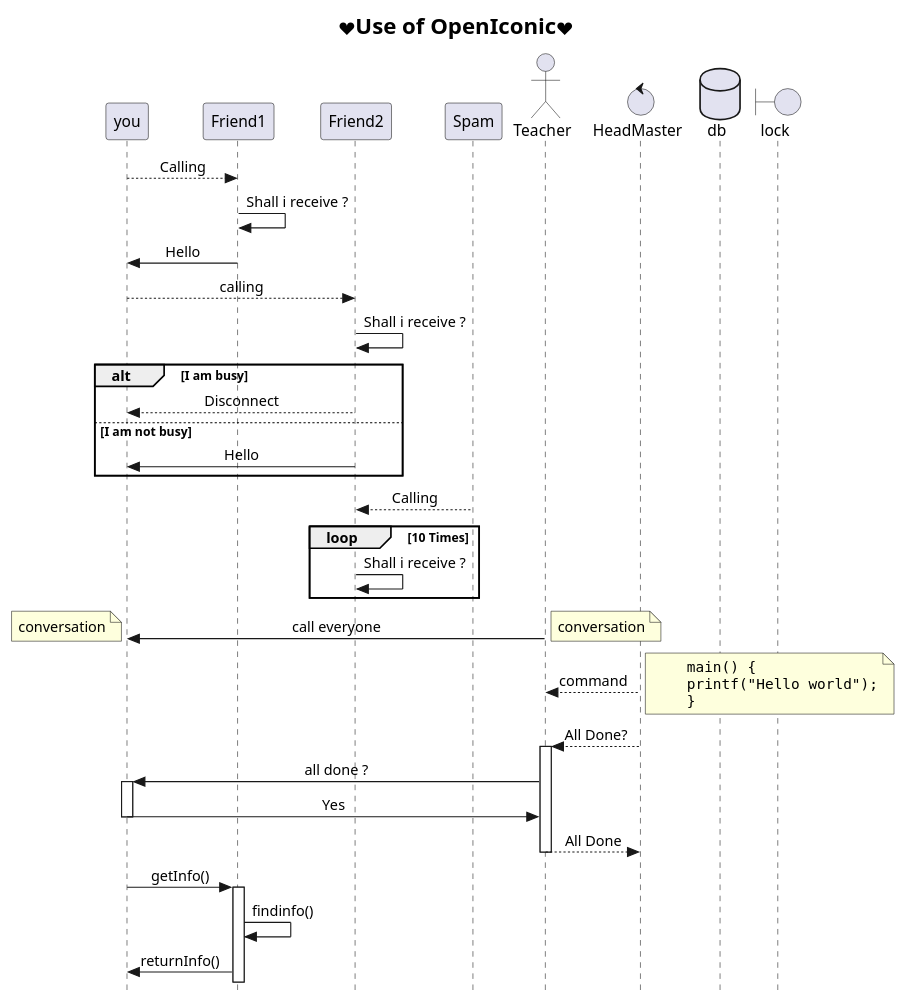
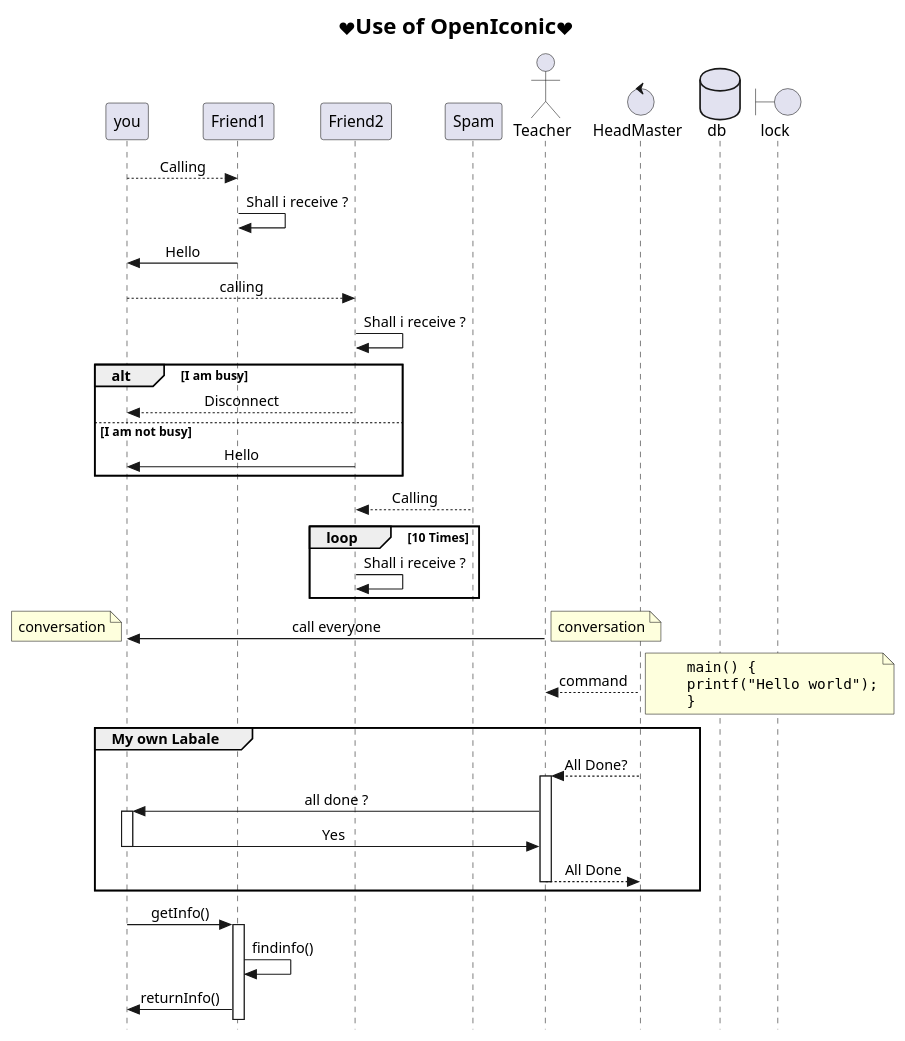
The diagram in MyOnlineLib/DocumentationTools/PlantUml/plantumlTest.plantuml (Viemsol/myLib), drawn with PlantUML before and after one commit. The commit also changed 25 other files, not shown here.

```diff
--- a/MyOnlineLib/DocumentationTools/PlantUml/plantumlTest.plantuml
+++ b/MyOnlineLib/DocumentationTools/PlantUml/plantumlTest.plantuml
@@ -1,126 +1,128 @@
 @startuml TestUMl
 'referance https://real-world-plantuml.com/?type=sequence
 ' this is single line comment
 /'
 this is mutiline 
 comment
 '/
 
 /'
 UML : Stands for Unified modelling laguage
 It is not programming language but It help Enng,Arcitect (how SW component communicate with each hotor), Busness proffesionals to
 to to design or visualize flow/system
 * No matter which programming laguage you use this topic is for evey developer
 * No matter how you write software, How bertter your software is but
 unless and untill you cant represet/explain how it dose , what it dose it is very difficult
 *other to undersand, appritiate your software. that why you need some tool represet
 diargam oneof it is sequence diagram.
 *using graphile tool may be sometimes difficut and tedious.
 * today i am going to talk about a tool which use english like sytex to
 represent those diagram..A plantuml tool
 platuml is tool to prepresent sequence diagram in text format
 easy to modify
 these uml code can be embeded in any code and doxygen like toolcan generate them
 plugins avilable in crom , firefox to see them
 '/
 
 /'Agenda:
 plantUml Tool: javaplugin and Visualstudiocode setup
 Basics and Handson on plantUML tool
 Examle of our product using plant uml
 Q and A 
 '/
 
 /'
 Plant uml is very siple tool to lean.
 I will not only cover script but also we will create perfect seques diagram for our code
 We will work with realtime senirio and we will create sequence diagram for same
 in Platuml we can creat differantdiagram, likeclass diagram, use case digaram..today we will discuss 
 
 statem amchine using sequece diagram
 --->Its text based so easy to compare and version control
 -->easytointgrate in code ..and tools can build it in runtime (space saving)
 '/
 /'Visual Studio Code
 Its tool in which we write plat uml script and visualize output
 It aso generate diagram in differant outputformat
 Install Visual Studio Code
 Install plant uml plugin by clicking and serching it in extentions
 '/
 
 ' set classic style i.e remove object from bootom
 skinparam Style strictuml 
 ' set message alignment to center
 skinparam SequenceMessageAlignment center
 ' Set titel
 title: <size:20><&heart>Use of OpenIconic<&heart></size>
 '[start state ] [to direction ->,-->] [end state] : [message]
 you --> Friend1 :Calling
 Friend1 -> Friend1 :Shall i receive ?
 you <- Friend1:Hello
 you --> Friend2 : calling
 ' self state
 Friend2 ->Friend2 :Shall i receive ?
 ' if else statement
 alt I am busy
     Friend2 --> you :Disconnect
 else I am not busy
      Friend2 -> you :Hello
 end
 
 Spam --> Friend2 : Calling
 'loop
 loop 10 Times
     Friend2 ->Friend2 :Shall i receive ?
 end
 
 ' Actor is a person who originates sequence [note: this shuld be first step]
 ' but for training purpose its taken last
 'also thease are modifiers which h=ches symbols so from sqare to other 
 ' all are below
 actor Teacher
     Teacher -> you :call everyone
     ' note 
     note left : conversation
     note right : conversation
 'this sambol can e givent to any machine or somthing which controls or take desigion
 control HeadMaster
     HeadMaster-->Teacher : command
     ' Adding code in note
     note right
     <code>
         main() {
         printf("Hello world");
         }
     </code>
     end note
-'activate is keyword used to indicate active satae 
-HeadMaster-->Teacher : All Done?
-activate Teacher
-Teacher -> you : all done ?
-activate you
-Teacher <- you : Yes
-deactivate you
-HeadMaster<--Teacher : All Done
-' default is participant class , other are deactivate,database,boundary
-deactivate Teacher
-database db 
-boundary lock
+group My own Labale
+    'activate is keyword used to indicate active satae 
+    HeadMaster-->Teacher : All Done?
+    activate Teacher
+    Teacher -> you : all done ?
+    activate you
+    Teacher <- you : Yes
+    deactivate you
+    HeadMaster<--Teacher : All Done
+    ' default is participant class , other are deactivate,database,boundary
+    deactivate Teacher
+    database db 
+    boundary lock
+end
 '++ can be used to indicate activity
 you -> Friend1 ++: getInfo()
     Friend1->Friend1: findinfo()
     Friend1->you : returnInfo()
 
 ' Any program which do not terminate after doing its job is a state machine
 ' All sytem log stud be taken at state change, as we know from that what is happening
 
 /' Lets discuss about Use case diagram:
 1) first they show system or application 
 2) then they show people organization who interect with sytem
 3) Then it show basic flow what sytem dose
 '/
 
 ' Lets discuss activity diagram:
 
 
 @enduml
```
